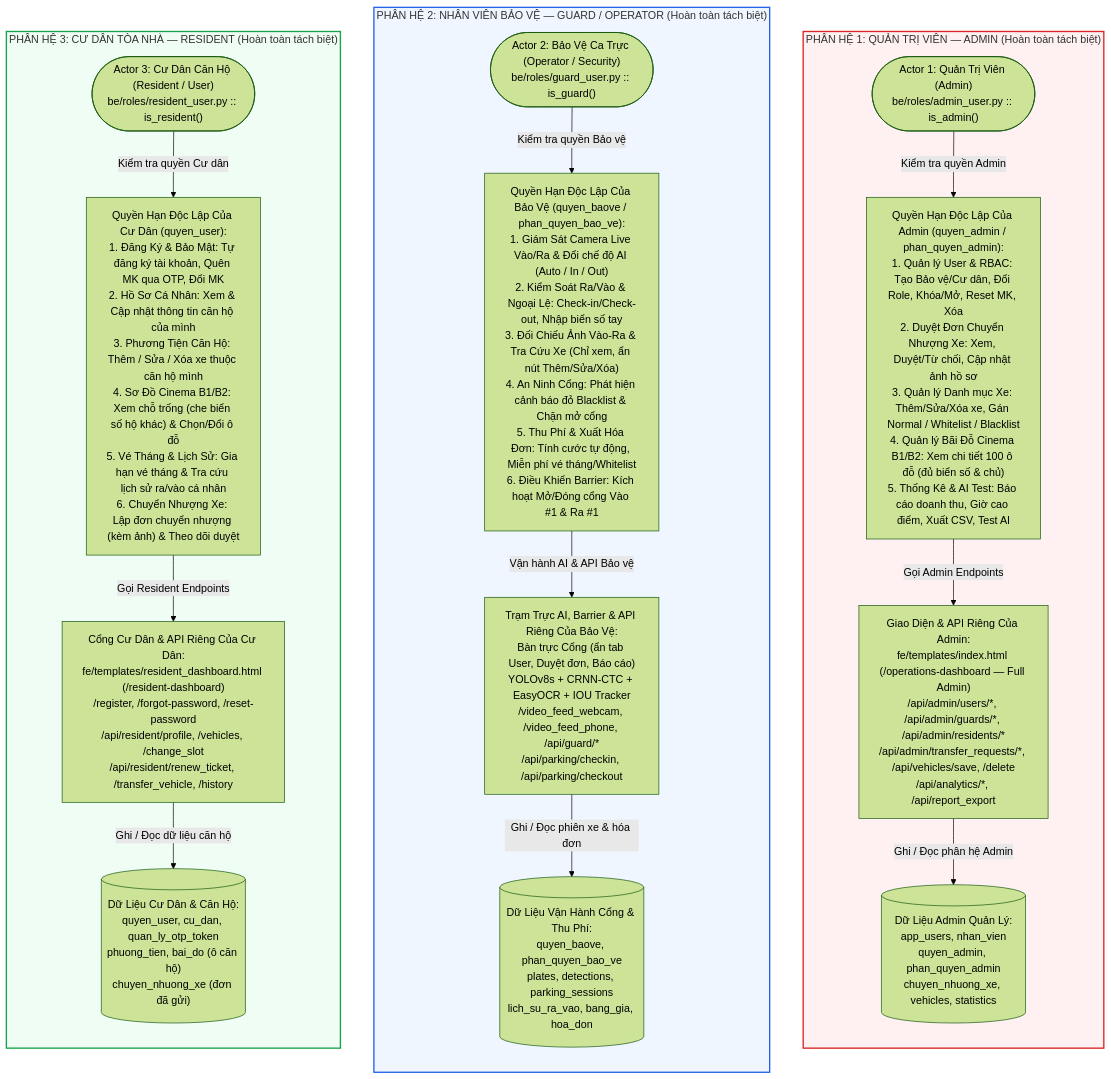
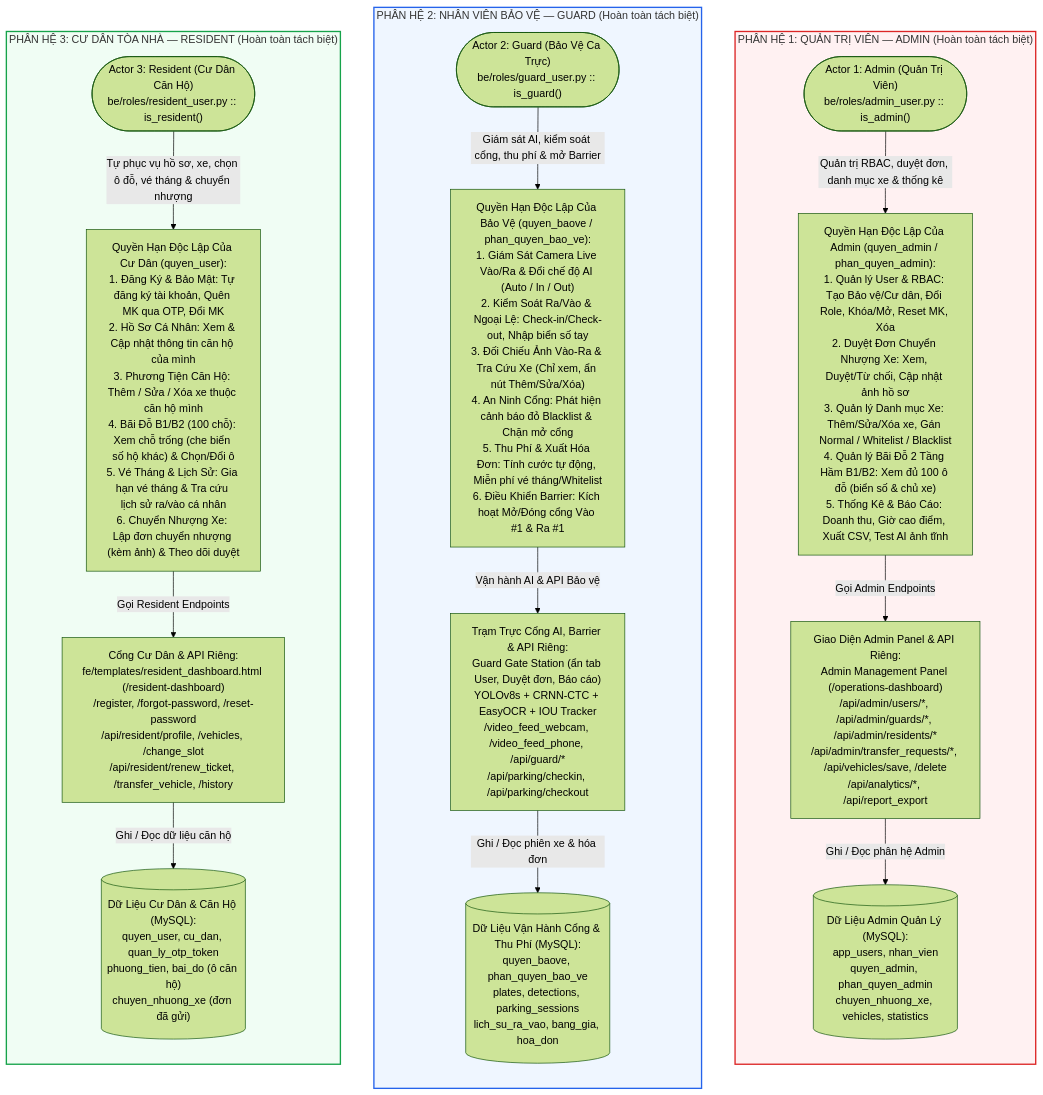
Before and after one commit to Truong027/CNPM24: the first of 3 diagrams in README.md, drawn with Mermaid (forest theme). The commit also changed other lines of this file and 1 other file, not shown here.

Commit message:
docs: isolate Admin/Guard/Resident panels and ban uses / uses guard view arrows in README & GitDiagram prompt

````diff
--- a/README.md
+++ b/README.md
@@ -22,39 +28,39 @@
 ```mermaid
 flowchart TB
     %% ==================== LUỒNG 1: ADMIN (ĐỘC LẬP) ====================
     subgraph Lane_Admin["PHÂN HỆ 1: QUẢN TRỊ VIÊN — ADMIN (Hoàn toàn tách biệt)"]
         direction TB
-        A_Actor(["Actor 1: Quản Trị Viên (Admin)<br/>be/roles/admin_user.py :: is_admin()"])
-        A_Perms["Quyền Hạn Độc Lập Của Admin (quyen_admin / phan_quyen_admin):<br/>1. Quản lý User & RBAC: Tạo Bảo vệ/Cư dân, Đổi Role, Khóa/Mở, Reset MK, Xóa<br/>2. Duyệt Đơn Chuyển Nhượng Xe: Xem, Duyệt/Từ chối, Cập nhật ảnh hồ sơ<br/>3. Quản lý Danh mục Xe: Thêm/Sửa/Xóa xe, Gán Normal / Whitelist / Blacklist<br/>4. Quản lý Bãi Đỗ Cinema B1/B2: Xem chi tiết 100 ô đỗ (đủ biển số & chủ)<br/>5. Thống Kê & AI Test: Báo cáo doanh thu, Giờ cao điểm, Xuất CSV, Test AI"]
-        A_API["Giao Diện & API Riêng Của Admin:<br/>fe/templates/index.html (/operations-dashboard — Full Admin)<br/>/api/admin/users/*, /api/admin/guards/*, /api/admin/residents/*<br/>/api/admin/transfer_requests/*, /api/vehicles/save, /delete<br/>/api/analytics/*, /api/report_export"]
-        A_DB[("Dữ Liệu Admin Quản Lý:<br/>app_users, nhan_vien<br/>quyen_admin, phan_quyen_admin<br/>chuyen_nhuong_xe, vehicles, statistics")]
+        A_Actor(["Actor 1: Admin (Quản Trị Viên)<br/>be/roles/admin_user.py :: is_admin()"])
+        A_Perms["Quyền Hạn Độc Lập Của Admin (quyen_admin / phan_quyen_admin):<br/>1. Quản lý User & RBAC: Tạo Bảo vệ/Cư dân, Đổi Role, Khóa/Mở, Reset MK, Xóa<br/>2. Duyệt Đơn Chuyển Nhượng Xe: Xem, Duyệt/Từ chối, Cập nhật ảnh hồ sơ<br/>3. Quản lý Danh mục Xe: Thêm/Sửa/Xóa xe, Gán Normal / Whitelist / Blacklist<br/>4. Quản lý Bãi Đỗ 2 Tầng Hầm B1/B2: Xem đủ 100 ô đỗ (biển số & chủ xe)<br/>5. Thống Kê & Báo Cáo: Doanh thu, Giờ cao điểm, Xuất CSV, Test AI ảnh tĩnh"]
+        A_API["Giao Diện Admin Panel & API Riêng:<br/>Admin Management Panel (/operations-dashboard)<br/>/api/admin/users/*, /api/admin/guards/*, /api/admin/residents/*<br/>/api/admin/transfer_requests/*, /api/vehicles/save, /delete<br/>/api/analytics/*, /api/report_export"]
+        A_DB[("Dữ Liệu Admin Quản Lý (MySQL):<br/>app_users, nhan_vien<br/>quyen_admin, phan_quyen_admin<br/>chuyen_nhuong_xe, vehicles, statistics")]
 
-        A_Actor -->|"Kiểm tra quyền Admin"| A_Perms -->|"Gọi Admin Endpoints"| A_API -->|"Ghi / Đọc phân hệ Admin"| A_DB
+        A_Actor -->|"Quản trị RBAC, duyệt đơn, danh mục xe & thống kê"| A_Perms -->|"Gọi Admin Endpoints"| A_API -->|"Ghi / Đọc phân hệ Admin"| A_DB
     end
 
     %% ==================== LUỒNG 2: GUARD (ĐỘC LẬP) ====================
-    subgraph Lane_Guard["PHÂN HỆ 2: NHÂN VIÊN BẢO VỆ — GUARD / OPERATOR (Hoàn toàn tách biệt)"]
+    subgraph Lane_Guard["PHÂN HỆ 2: NHÂN VIÊN BẢO VỆ — GUARD (Hoàn toàn tách biệt)"]
         direction TB
-        G_Actor(["Actor 2: Bảo Vệ Ca Trực (Operator / Security)<br/>be/roles/guard_user.py :: is_guard()"])
+        G_Actor(["Actor 2: Guard (Bảo Vệ Ca Trực)<br/>be/roles/guard_user.py :: is_guard()"])
         G_Perms["Quyền Hạn Độc Lập Của Bảo Vệ (quyen_baove / phan_quyen_bao_ve):<br/>1. Giám Sát Camera Live Vào/Ra & Đổi chế độ AI (Auto / In / Out)<br/>2. Kiểm Soát Ra/Vào & Ngoại Lệ: Check-in/Check-out, Nhập biển số tay<br/>3. Đối Chiếu Ảnh Vào-Ra & Tra Cứu Xe (Chỉ xem, ẩn nút Thêm/Sửa/Xóa)<br/>4. An Ninh Cổng: Phát hiện cảnh báo đỏ Blacklist & Chặn mở cổng<br/>5. Thu Phí & Xuất Hóa Đơn: Tính cước tự động, Miễn phí vé tháng/Whitelist<br/>6. Điều Khiển Barrier: Kích hoạt Mở/Đóng cổng Vào #1 & Ra #1"]
-        G_API["Trạm Trực AI, Barrier & API Riêng Của Bảo Vệ:<br/>Bàn trực Cổng (ẩn tab User, Duyệt đơn, Báo cáo)<br/>YOLOv8s + CRNN-CTC + EasyOCR + IOU Tracker<br/>/video_feed_webcam, /video_feed_phone, /api/guard/*<br/>/api/parking/checkin, /api/parking/checkout"]
-        G_DB[("Dữ Liệu Vận Hành Cổng & Thu Phí:<br/>quyen_baove, phan_quyen_bao_ve<br/>plates, detections, parking_sessions<br/>lich_su_ra_vao, bang_gia, hoa_don")]
+        G_API["Trạm Trực Cổng AI, Barrier & API Riêng:<br/>Guard Gate Station (ẩn tab User, Duyệt đơn, Báo cáo)<br/>YOLOv8s + CRNN-CTC + EasyOCR + IOU Tracker<br/>/video_feed_webcam, /video_feed_phone, /api/guard/*<br/>/api/parking/checkin, /api/parking/checkout"]
+        G_DB[("Dữ Liệu Vận Hành Cổng & Thu Phí (MySQL):<br/>quyen_baove, phan_quyen_bao_ve<br/>plates, detections, parking_sessions<br/>lich_su_ra_vao, bang_gia, hoa_don")]
 
-        G_Actor -->|"Kiểm tra quyền Bảo vệ"| G_Perms -->|"Vận hành AI & API Bảo vệ"| G_API -->|"Ghi / Đọc phiên xe & hóa đơn"| G_DB
+        G_Actor -->|"Giám sát AI, kiểm soát cổng, thu phí & mở Barrier"| G_Perms -->|"Vận hành AI & API Bảo vệ"| G_API -->|"Ghi / Đọc phiên xe & hóa đơn"| G_DB
     end
 
     %% ==================== LUỒNG 3: RESIDENT (ĐỘC LẬP) ====================
     subgraph Lane_Resident["PHÂN HỆ 3: CƯ DÂN TÒA NHÀ — RESIDENT (Hoàn toàn tách biệt)"]
         direction TB
-        R_Actor(["Actor 3: Cư Dân Căn Hộ (Resident / User)<br/>be/roles/resident_user.py :: is_resident()"])
-        R_Perms["Quyền Hạn Độc Lập Của Cư Dân (quyen_user):<br/>1. Đăng Ký & Bảo Mật: Tự đăng ký tài khoản, Quên MK qua OTP, Đổi MK<br/>2. Hồ Sơ Cá Nhân: Xem & Cập nhật thông tin căn hộ của mình<br/>3. Phương Tiện Căn Hộ: Thêm / Sửa / Xóa xe thuộc căn hộ mình<br/>4. Sơ Đồ Cinema B1/B2: Xem chỗ trống (che biển số hộ khác) & Chọn/Đổi ô đỗ<br/>5. Vé Tháng & Lịch Sử: Gia hạn vé tháng & Tra cứu lịch sử ra/vào cá nhân<br/>6. Chuyển Nhượng Xe: Lập đơn chuyển nhượng (kèm ảnh) & Theo dõi duyệt"]
-        R_API["Cổng Cư Dân & API Riêng Của Cư Dân:<br/>fe/templates/resident_dashboard.html (/resident-dashboard)<br/>/register, /forgot-password, /reset-password<br/>/api/resident/profile, /vehicles, /change_slot<br/>/api/resident/renew_ticket, /transfer_vehicle, /history"]
-        R_DB[("Dữ Liệu Cư Dân & Căn Hộ:<br/>quyen_user, cu_dan, quan_ly_otp_token<br/>phuong_tien, bai_do (ô căn hộ)<br/>chuyen_nhuong_xe (đơn đã gửi)")]
+        R_Actor(["Actor 3: Resident (Cư Dân Căn Hộ)<br/>be/roles/resident_user.py :: is_resident()"])
+        R_Perms["Quyền Hạn Độc Lập Của Cư Dân (quyen_user):<br/>1. Đăng Ký & Bảo Mật: Tự đăng ký tài khoản, Quên MK qua OTP, Đổi MK<br/>2. Hồ Sơ Cá Nhân: Xem & Cập nhật thông tin căn hộ của mình<br/>3. Phương Tiện Căn Hộ: Thêm / Sửa / Xóa xe thuộc căn hộ mình<br/>4. Bãi Đỗ B1/B2 (100 chỗ): Xem chỗ trống (che biển số hộ khác) & Chọn/Đổi ô<br/>5. Vé Tháng & Lịch Sử: Gia hạn vé tháng & Tra cứu lịch sử ra/vào cá nhân<br/>6. Chuyển Nhượng Xe: Lập đơn chuyển nhượng (kèm ảnh) & Theo dõi duyệt"]
+        R_API["Cổng Cư Dân & API Riêng:<br/>fe/templates/resident_dashboard.html (/resident-dashboard)<br/>/register, /forgot-password, /reset-password<br/>/api/resident/profile, /vehicles, /change_slot<br/>/api/resident/renew_ticket, /transfer_vehicle, /history"]
+        R_DB[("Dữ Liệu Cư Dân & Căn Hộ (MySQL):<br/>quyen_user, cu_dan, quan_ly_otp_token<br/>phuong_tien, bai_do (ô căn hộ)<br/>chuyen_nhuong_xe (đơn đã gửi)")]
 
-        R_Actor -->|"Kiểm tra quyền Cư dân"| R_Perms -->|"Gọi Resident Endpoints"| R_API -->|"Ghi / Đọc dữ liệu căn hộ"| R_DB
+        R_Actor -->|"Tự phục vụ hồ sơ, xe, chọn ô đỗ, vé tháng & chuyển nhượng"| R_Perms -->|"Gọi Resident Endpoints"| R_API -->|"Ghi / Đọc dữ liệu căn hộ"| R_DB
     end
 
     style Lane_Admin fill:#fff1f2,stroke:#dc2626,stroke-width:2px
     style Lane_Guard fill:#eff6ff,stroke:#2563eb,stroke-width:2px
     style Lane_Resident fill:#f0fdf4,stroke:#16a34a,stroke-width:2px
 ```
````
